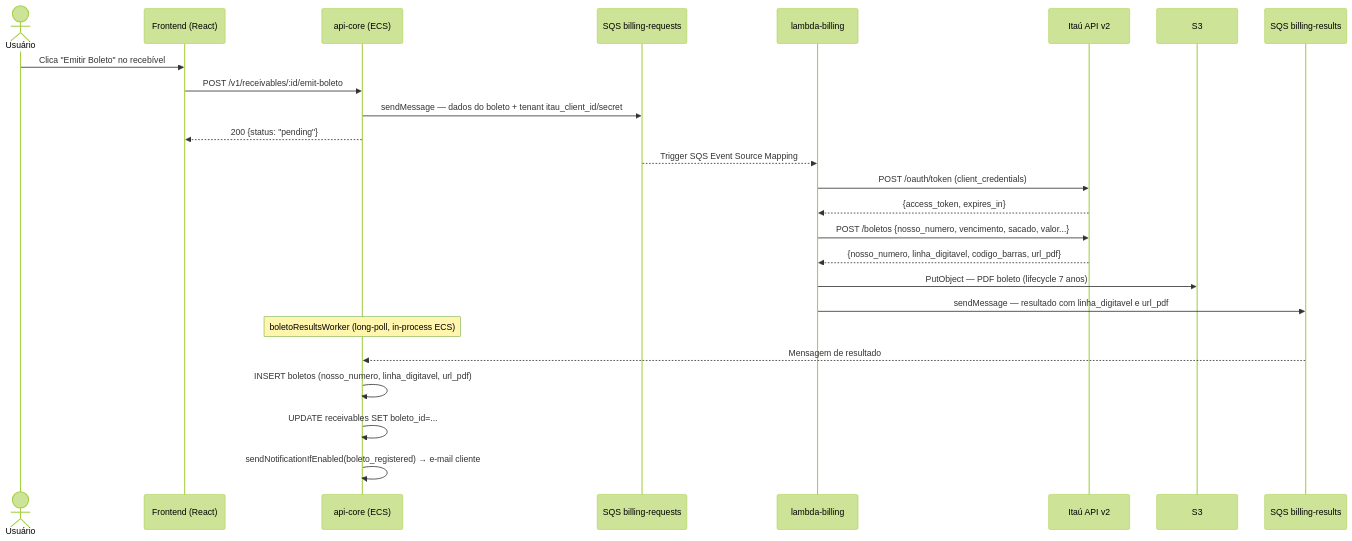
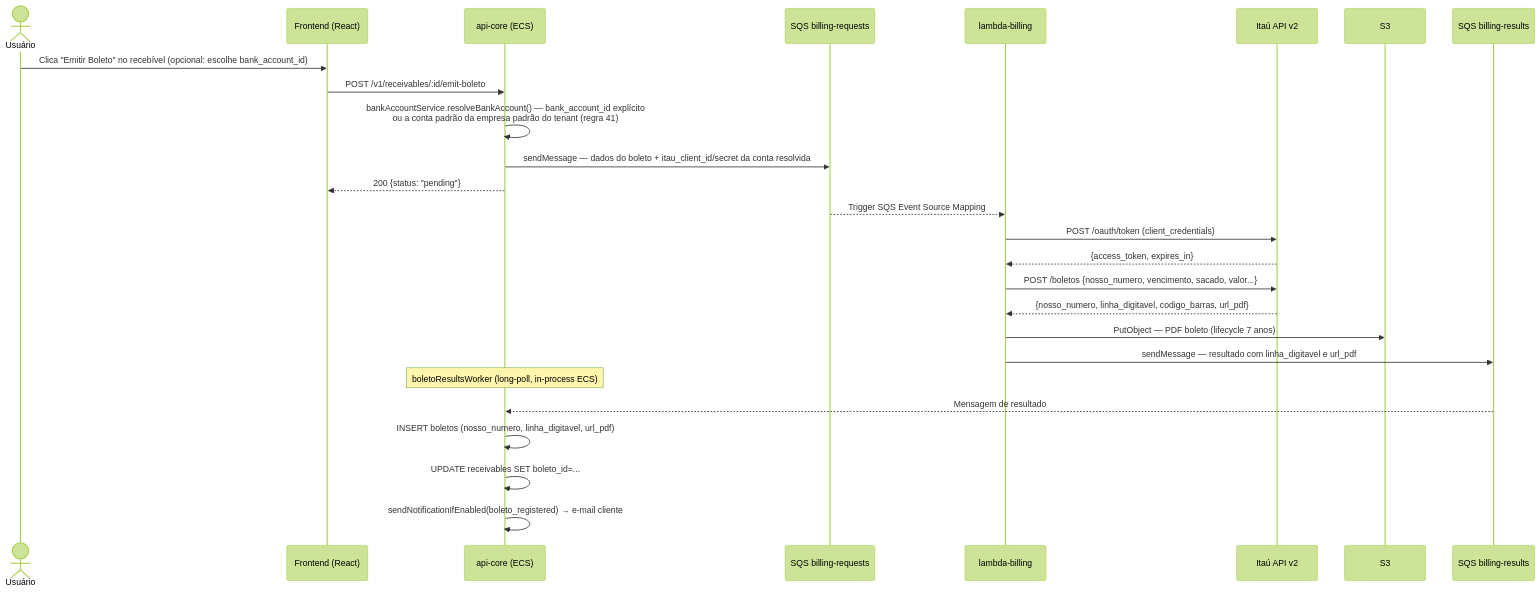
The seventh of 9 diagrams in README.md (gercenioxsilva/erp-lite), drawn with Mermaid (forest theme) before and after one commit. The commit also changed other lines of this file and 17 other files, not shown here.

````diff
--- a/README.md
+++ b/README.md
@@ -478,30 +485,31 @@
 ```mermaid
 sequenceDiagram
     actor U as Usuário
     participant F as Frontend (React)
     participant A as api-core (ECS)
     participant Q as SQS billing-requests
     participant L as lambda-billing
     participant I as Itaú API v2
     participant S3
     participant R as SQS billing-results
 
-    U->>F: Clica "Emitir Boleto" no recebível
+    U->>F: Clica "Emitir Boleto" no recebível (opcional: escolhe bank_account_id)
     F->>A: POST /v1/receivables/:id/emit-boleto
-    A->>Q: sendMessage — dados do boleto + tenant itau_client_id/secret
+    A->>A: bankAccountService.resolveBankAccount() — bank_account_id explícito<br/>ou a conta padrão da empresa padrão do tenant (regra 41)
+    A->>Q: sendMessage — dados do boleto + itau_client_id/secret da conta resolvida
     A-->>F: 200 {status: "pending"}
 
     Q-->>L: Trigger SQS Event Source Mapping
     L->>I: POST /oauth/token (client_credentials)
     I-->>L: {access_token, expires_in}
     L->>I: POST /boletos {nosso_numero, vencimento, sacado, valor...}
     I-->>L: {nosso_numero, linha_digitavel, codigo_barras, url_pdf}
     L->>S3: PutObject — PDF boleto (lifecycle 7 anos)
     L->>R: sendMessage — resultado com linha_digitavel e url_pdf
 
     Note over A: boletoResultsWorker (long-poll, in-process ECS)
     R-->>A: Mensagem de resultado
     A->>A: INSERT boletos (nosso_numero, linha_digitavel, url_pdf)
     A->>A: UPDATE receivables SET boleto_id=...
     A->>A: sendNotificationIfEnabled(boleto_registered) → e-mail cliente
 ```
````
